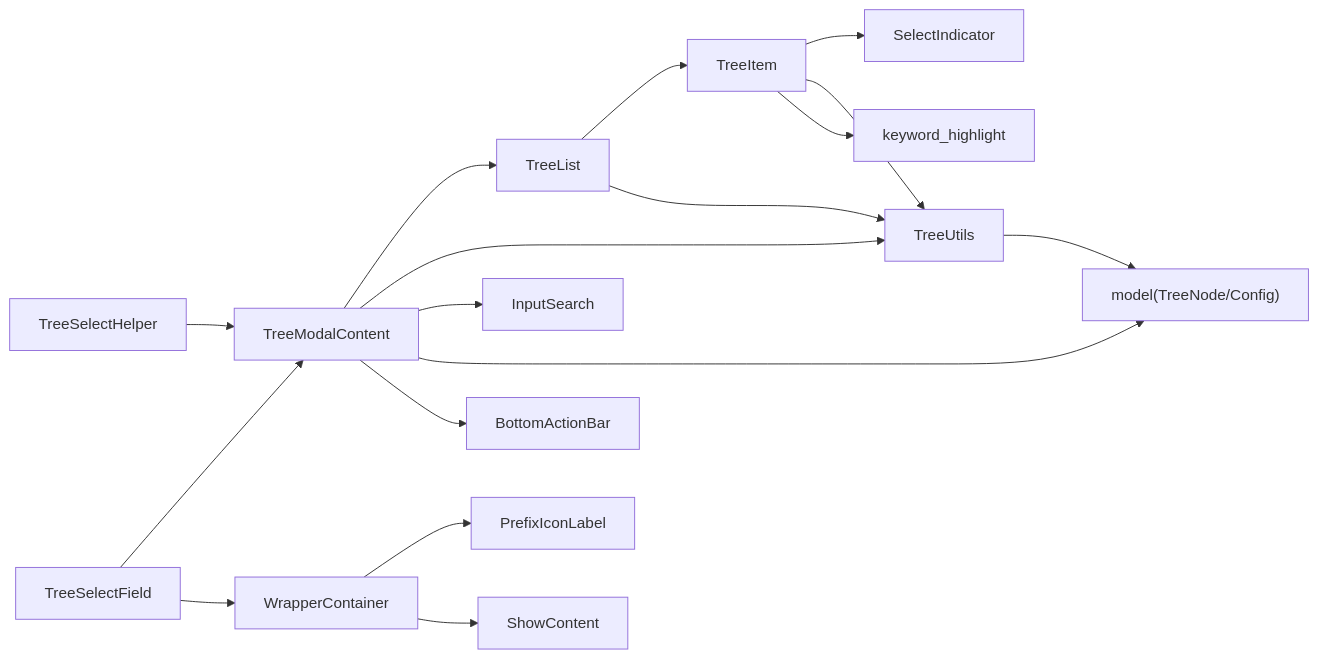
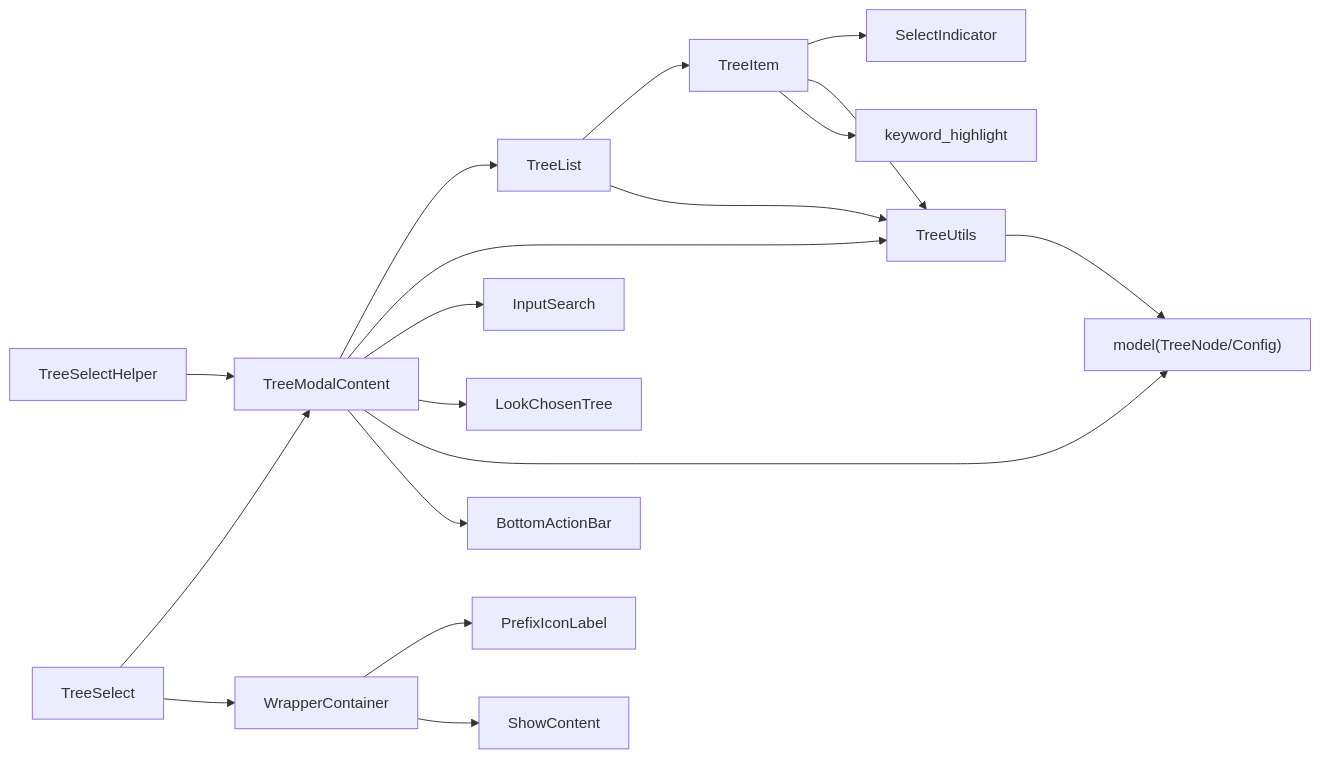
One commit to yuzhido/lite-ui changed the third of 3 diagrams in .qoder/repowiki/zh/content/API 参考/高级组件 API/TreeSelect 树形选择器 API.md. Above: the diagram before and after it, drawn with Mermaid. The commit also changed other lines of this file and 34 other files, not shown here.

````diff
--- a/.qoder/repowiki/zh/content/API 参考/高级组件 API/TreeSelect 树形选择器 API.md
+++ b/.qoder/repowiki/zh/content/API 参考/高级组件 API/TreeSelect 树形选择器 API.md
@@ -557,19 +524,20 @@
 ```mermaid
 graph LR
-Helper["TreeSelectHelper"] --> Modal["TreeModalContent"]
-Field["TreeSelectField"] --> Modal
-Modal --> List["TreeList"]
+Helper["TreeSelectHelper<V,D>"] --> Modal["TreeModalContent<V,D>"]
+Field["TreeSelect<V,D>"] --> Modal
+Modal --> List["TreeList<V,D>"]
 Modal --> Utils["TreeUtils"]
 Modal --> Search["InputSearch"]
-List --> Item["TreeItem"]
+Modal --> Chosen["LookChosenTree<V,D>"]
+List --> Item["TreeItem<V,D>"]
 List --> Utils
 Item --> Indicator["SelectIndicator"]
 Item --> Utils
 Modal --> Model["model(TreeNode/Config)"]
 Item --> Highlight["keyword_highlight"]
 Utils --> Model
 Modal --> BottomBar["BottomActionBar"]
-Field --> Wrapper["WrapperContainer"]
+Field --> Wrapper["WrapperContainer<V,D>"]
 Wrapper --> PrefixLabel["PrefixIconLabel"]
 Wrapper --> ShowContent["ShowContent"]
 ```
````
